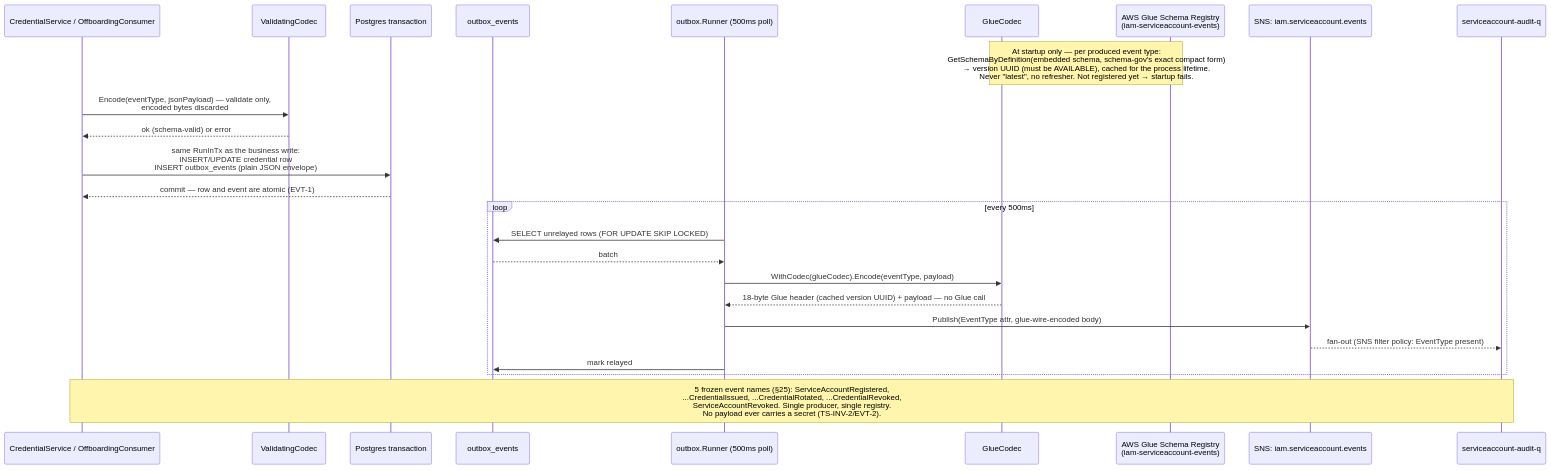
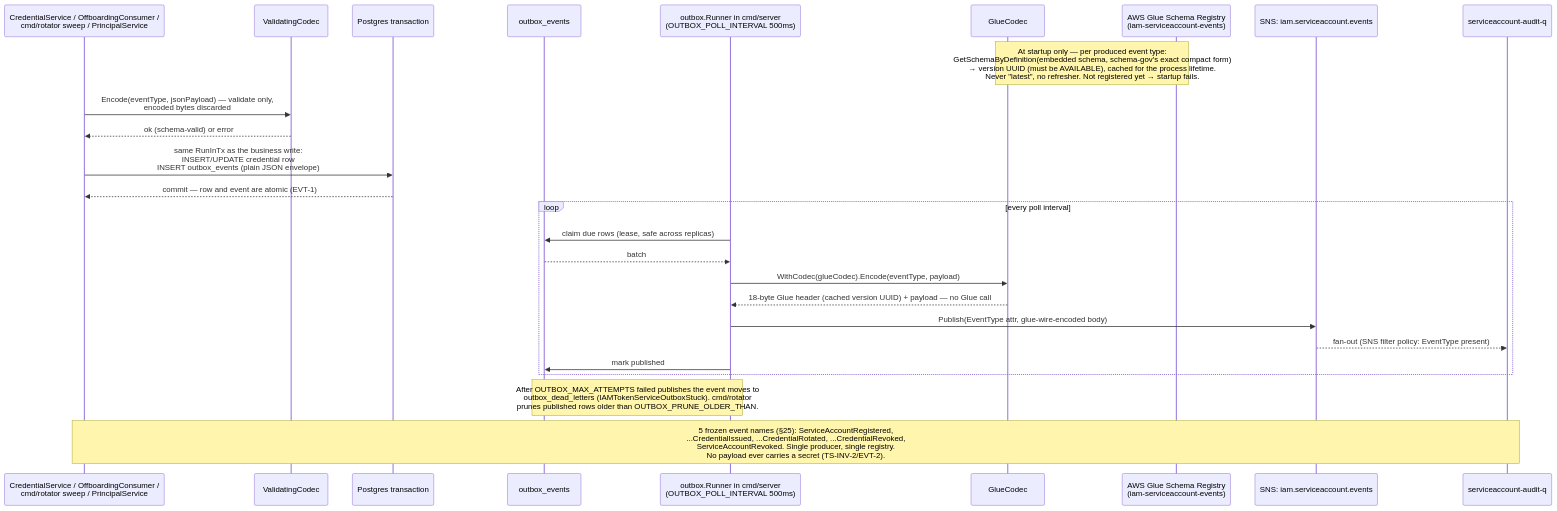
The diagram in docs/architecture/mermaid/event-outbox-flow.mmd (BCBP-SOLUTIONS-FZC-LLC/iam-token-service), drawn with Mermaid before and after one commit. The commit also changed 234 other files, not shown here.

```diff
--- a/docs/architecture/mermaid/event-outbox-flow.mmd
+++ b/docs/architecture/mermaid/event-outbox-flow.mmd
@@ -1,31 +1,32 @@
 %% Transactional outbox (LLD §7.3.1/§7.4, EVT-1). Enqueue-time validation
 %% is schema-check-only, plain JSON; Glue wire-encoding happens later, at
 %% publish time — so outbox_events.payload stays human-readable.
 sequenceDiagram
-    participant SVC as CredentialService / OffboardingConsumer
+    participant SVC as CredentialService / OffboardingConsumer /<br/>cmd/rotator sweep / PrincipalService
     participant CODEC as ValidatingCodec
     participant TX as Postgres transaction
     participant OUT as outbox_events
-    participant RUNNER as outbox.Runner (500ms poll)
+    participant RUNNER as outbox.Runner in cmd/server<br/>(OUTBOX_POLL_INTERVAL 500ms)
     participant GLUE as GlueCodec
     participant REG as AWS Glue Schema Registry<br/>(iam-serviceaccount-events)
     participant SNS as SNS: iam.serviceaccount.events
     participant SQS as serviceaccount-audit-q
 
     Note over GLUE,REG: At startup only — per produced event type:<br/>GetSchemaByDefinition(embedded schema, schema-gov's exact compact form)<br/>→ version UUID (must be AVAILABLE), cached for the process lifetime.<br/>Never "latest", no refresher. Not registered yet → startup fails.
     SVC->>CODEC: Encode(eventType, jsonPayload) — validate only,<br/>encoded bytes discarded
     CODEC-->>SVC: ok (schema-valid) or error
     SVC->>TX: same RunInTx as the business write:<br/>INSERT/UPDATE credential row<br/>INSERT outbox_events (plain JSON envelope)
     TX-->>SVC: commit — row and event are atomic (EVT-1)
 
-    loop every 500ms
-        RUNNER->>OUT: SELECT unrelayed rows (FOR UPDATE SKIP LOCKED)
+    loop every poll interval
+        RUNNER->>OUT: claim due rows (lease, safe across replicas)
         OUT-->>RUNNER: batch
         RUNNER->>GLUE: WithCodec(glueCodec).Encode(eventType, payload)
         GLUE-->>RUNNER: 18-byte Glue header (cached version UUID) + payload — no Glue call
         RUNNER->>SNS: Publish(EventType attr, glue-wire-encoded body)
         SNS-->>SQS: fan-out (SNS filter policy: EventType present)
-        RUNNER->>OUT: mark relayed
+        RUNNER->>OUT: mark published
     end
+    Note over RUNNER,OUT: After OUTBOX_MAX_ATTEMPTS failed publishes the event moves to<br/>outbox_dead_letters (IAMTokenServiceOutboxStuck). cmd/rotator<br/>prunes published rows older than OUTBOX_PRUNE_OLDER_THAN.
 
     Note over SVC,SQS: 5 frozen event names (§25): ServiceAccountRegistered,<br/>...CredentialIssued, ...CredentialRotated, ...CredentialRevoked,<br/>ServiceAccountRevoked. Single producer, single registry.<br/>No payload ever carries a secret (TS-INV-2/EVT-2).
```
